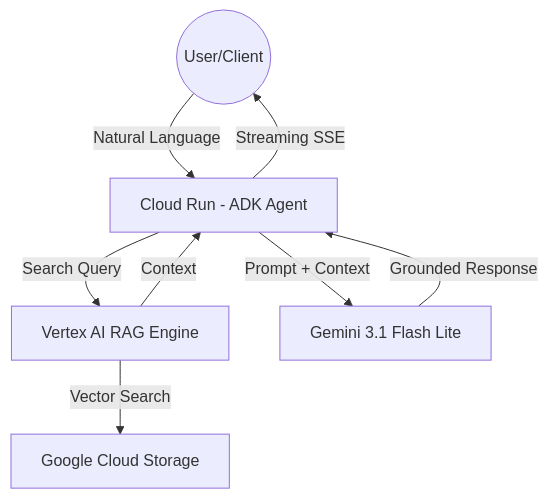
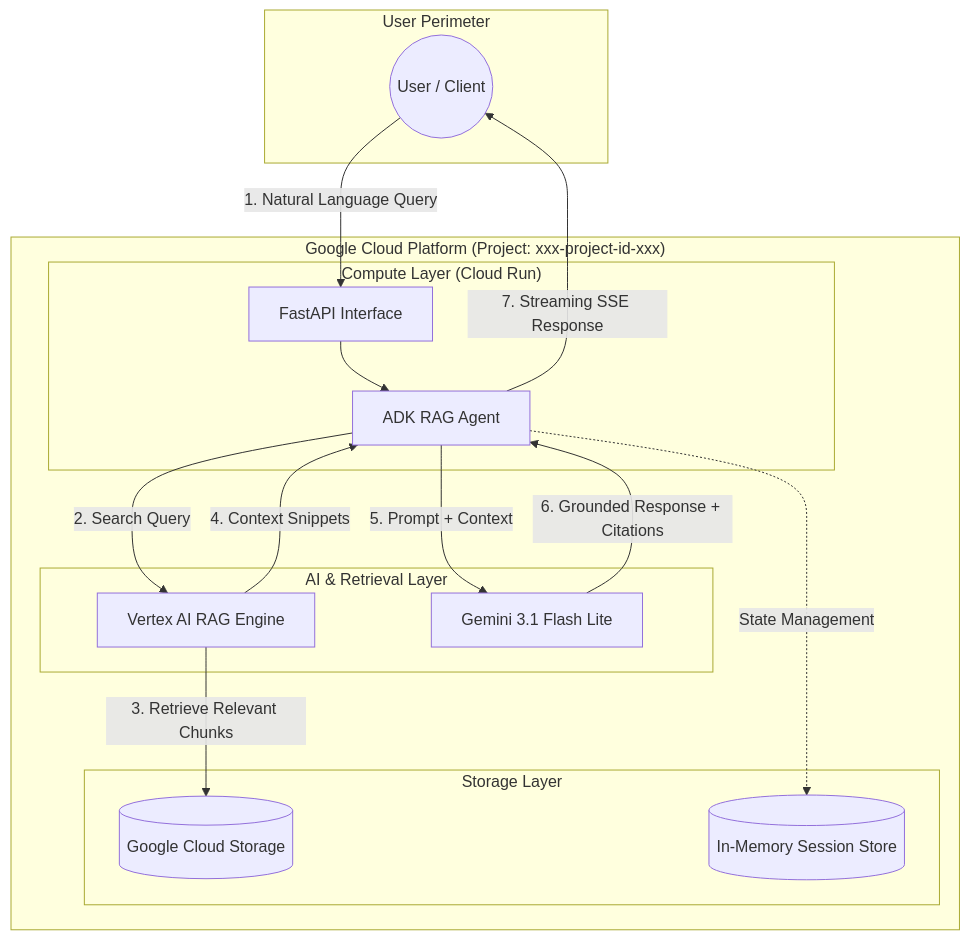
The diagram in README.md (bdelph79/demo-rag-vertex), drawn with Mermaid before and after one commit. The commit also changed other lines of this file and 5 other files, not shown here.

Commit message:
Docs: Final polish of README with architecture diagram and sanitization

````diff
--- a/README.md
+++ b/README.md
@@ -20,10 +11,33 @@
 ```mermaid
-graph TD
-    User((User/Client)) -->|Natural Language| CR[Cloud Run - ADK Agent]
-    CR -->|Search Query| VRE[Vertex AI RAG Engine]
-    VRE -->|Vector Search| GCS[Google Cloud Storage]
-    VRE -->|Context| CR
-    CR -->|Prompt + Context| Gemini[Gemini 3.1 Flash Lite]
-    Gemini -->|Grounded Response| CR
-    CR -->|Streaming SSE| User
+graph TB
+    subgraph "User Perimeter"
+        Client((User / Client))
+    end
+
+    subgraph "Google Cloud Platform (Project: xxx-project-id-xxx)"
+        subgraph "Compute Layer (Cloud Run)"
+            Agent[ADK RAG Agent]
+            FastAPI[FastAPI Interface]
+        end
+
+        subgraph "AI & Retrieval Layer"
+            VRE[Vertex AI RAG Engine]
+            Model[Gemini 3.1 Flash Lite]
+        end
+
+        subgraph "Storage Layer"
+            GCS[(Google Cloud Storage)]
+            SessionDB[(In-Memory Session Store)]
+        end
+    end
+
+    Client -->|1. Natural Language Query| FastAPI
+    FastAPI --> Agent
+    Agent -->|2. Search Query| VRE
+    VRE -->|3. Retrieve Relevant Chunks| GCS
+    VRE -->|4. Context Snippets| Agent
+    Agent -->|5. Prompt + Context| Model
+    Model -->|6. Grounded Response + Citations| Agent
+    Agent -->|7. Streaming SSE Response| Client
+    Agent -.->|State Management| SessionDB
 ```
````
